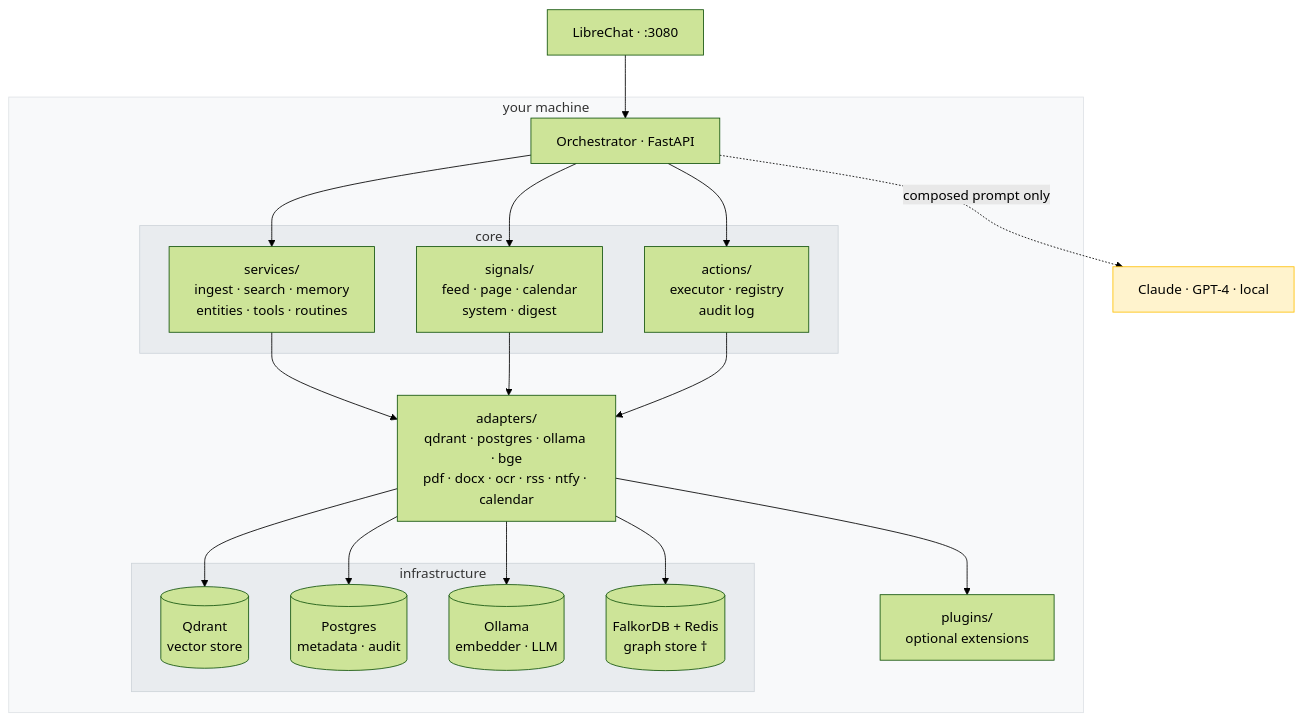
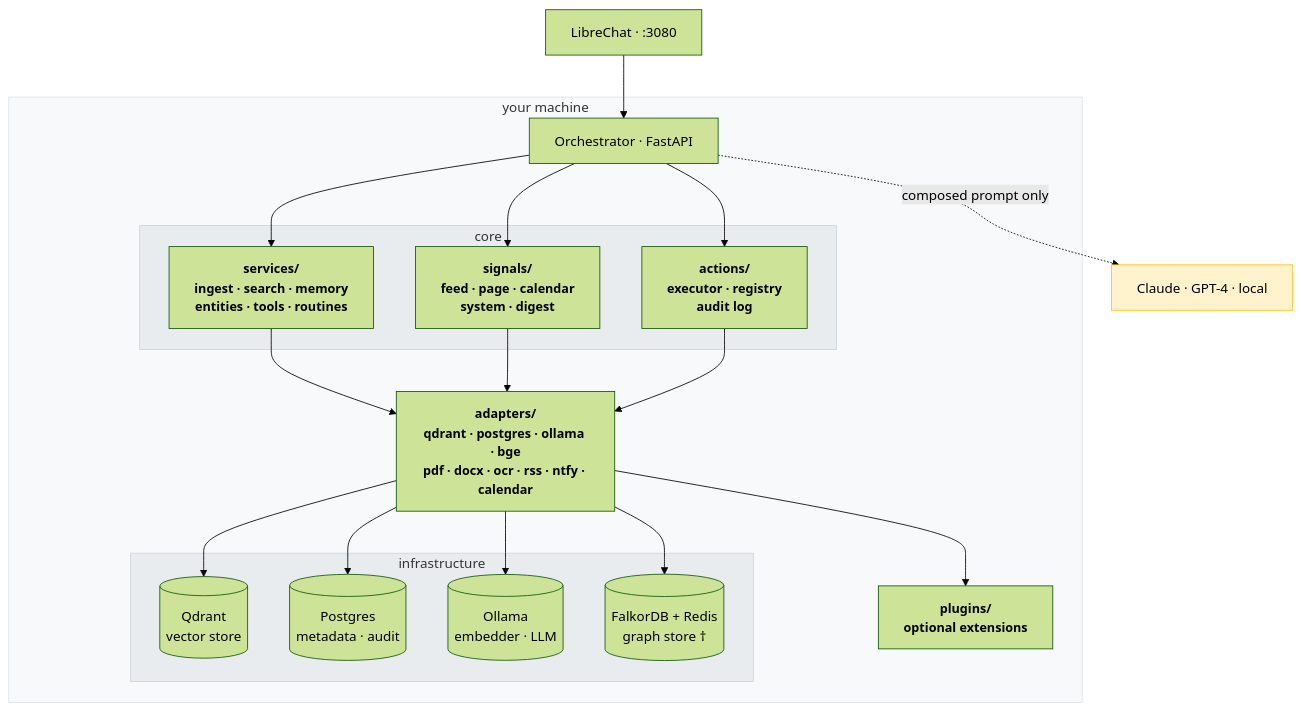
The diagram in README.md (lumogis/lumogis), drawn with Mermaid (forest theme) before and after one commit.

Commit message:
docs: bold + larger font on the five core concepts in architecture diagram

````diff
--- a/README.md
+++ b/README.md
@@ -72,36 +72,39 @@
 ```mermaid
 flowchart TB
     LC["LibreChat · :3080"] --> ORC
 
     subgraph machine["your machine"]
         ORC["Orchestrator · FastAPI"]
 
         subgraph core["core"]
             SVC["services/\ningest · search · memory\nentities · tools · routines"]
             SIG["signals/\nfeed · page · calendar\nsystem · digest"]
             ACT["actions/\nexecutor · registry\naudit log"]
         end
 
         ADP["adapters/\nqdrant · postgres · ollama · bge\npdf · docx · ocr · rss · ntfy · calendar"]
         PLG["plugins/\noptional extensions"]
 
         subgraph stores["infrastructure"]
             QDR[("Qdrant\nvector store")]
             PG[("Postgres\nmetadata · audit")]
             OLL[("Ollama\nembedder · LLM")]
             FLK[("FalkorDB + Redis\ngraph store †")]
         end
 
         ORC --> SVC & SIG & ACT
         SVC & SIG & ACT --> ADP
         ADP --> PLG
         ADP --> QDR & PG & OLL & FLK
     end
 
     ORC -. "composed prompt only" .-> EXT["Claude · GPT-4 · local"]
 
     style machine fill:#f8f9fa,stroke:#dee2e6
     style stores fill:#e9ecef,stroke:#ced4da
     style core fill:#e9ecef,stroke:#ced4da
     style EXT fill:#fff3cd,stroke:#ffc107
+
+    classDef concept font-weight:bold,font-size:15px
+    class SVC,SIG,ACT,ADP,PLG concept
 ```
````
